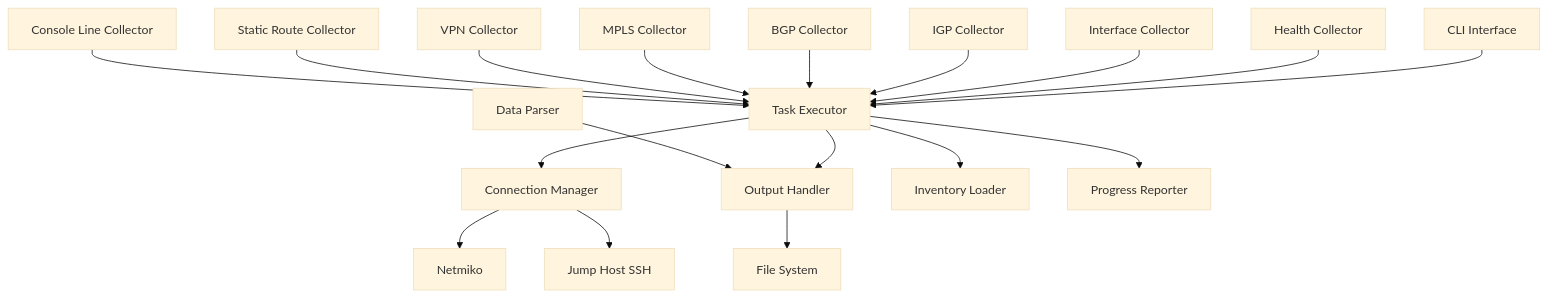
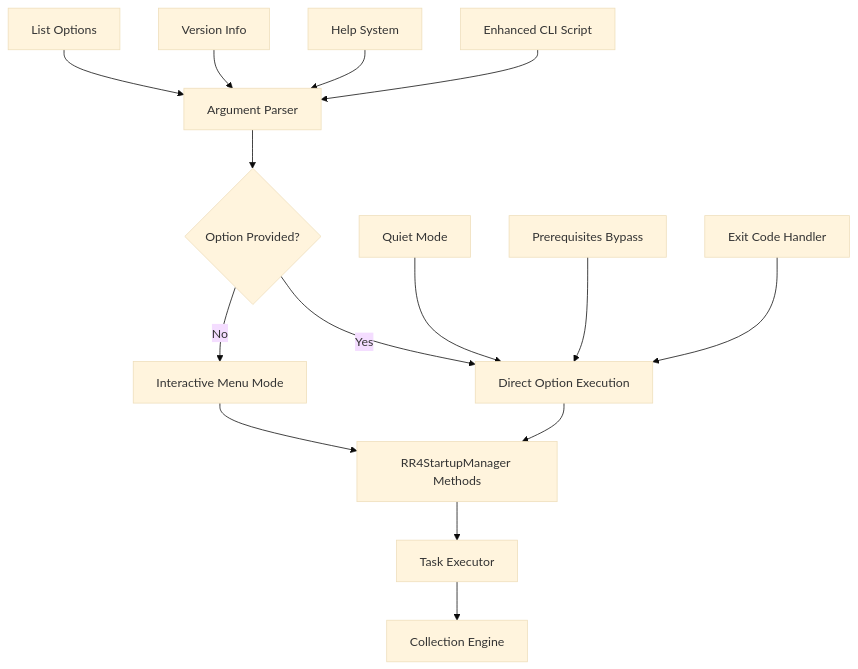
Before and after one commit to zumanm1/device-audit-win: the first of 5 diagrams in V4codercli/ARCHITECTURE.md, drawn with Mermaid (base theme). The commit also changed other lines of this file and 124 other files, not shown here.

````diff
--- a/V4codercli/ARCHITECTURE.md
+++ b/V4codercli/ARCHITECTURE.md
@@ -63,24 +110,22 @@
 ```mermaid
 graph TD
-    A[CLI Interface] --> B[Task Executor]
-    B --> C[Connection Manager]
-    B --> D[Output Handler]
-    B --> E[Inventory Loader]
+    A[Enhanced CLI Script] --> B[Argument Parser]
+    B --> C{Option Provided?}
     
-    F[Data Parser] --> D
+    C -->|Yes| D[Direct Option Execution]
+    C -->|No| E[Interactive Menu Mode]
     
-    G[Health Collector] --> B
-    H[Interface Collector] --> B
-    I[IGP Collector] --> B
-    J[BGP Collector] --> B
-    K[MPLS Collector] --> B
-    L[VPN Collector] --> B
-    M[Static Route Collector] --> B
-    N[Console Line Collector] --> B
+    D --> F[RR4StartupManager Methods]
+    E --> F
     
-    C --> X[Netmiko]
-    C --> Y[Jump Host SSH]
+    F --> G[Task Executor]
+    G --> H[Collection Engine]
     
-    B --> Z[Progress Reporter]
-    D --> W[File System]
+    I[Quiet Mode] --> D
+    J[Prerequisites Bypass] --> D
+    K[Exit Code Handler] --> D
+    
+    L[Help System] --> B
+    M[Version Info] --> B
+    N[List Options] --> B
 ```
````
